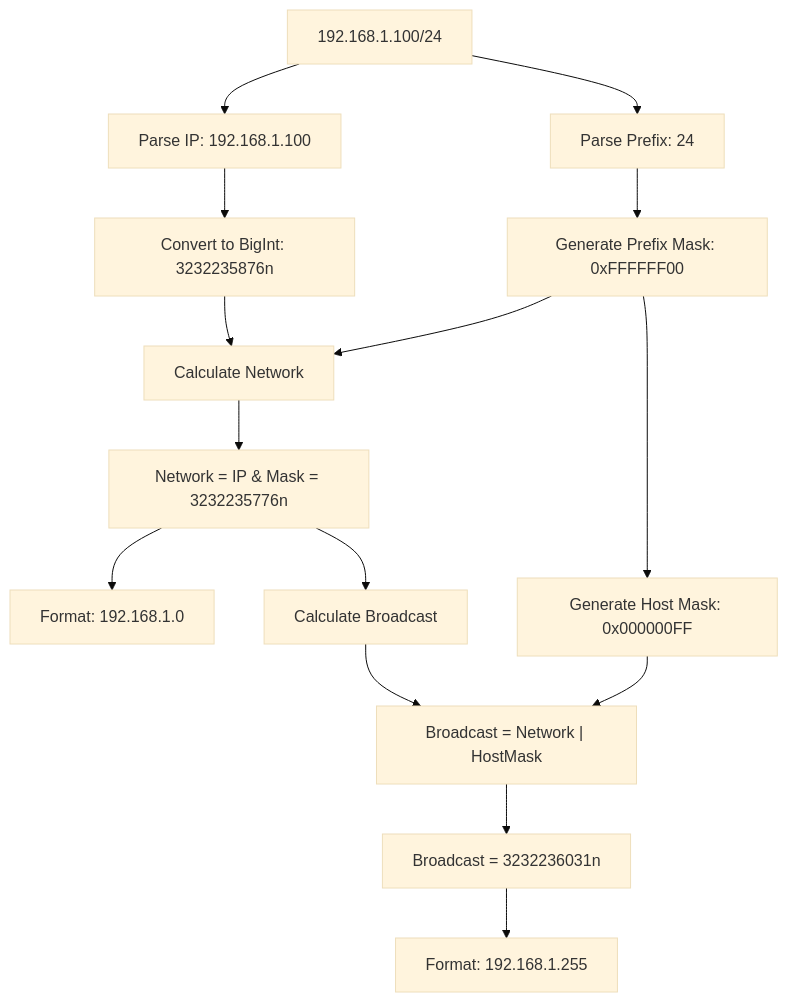
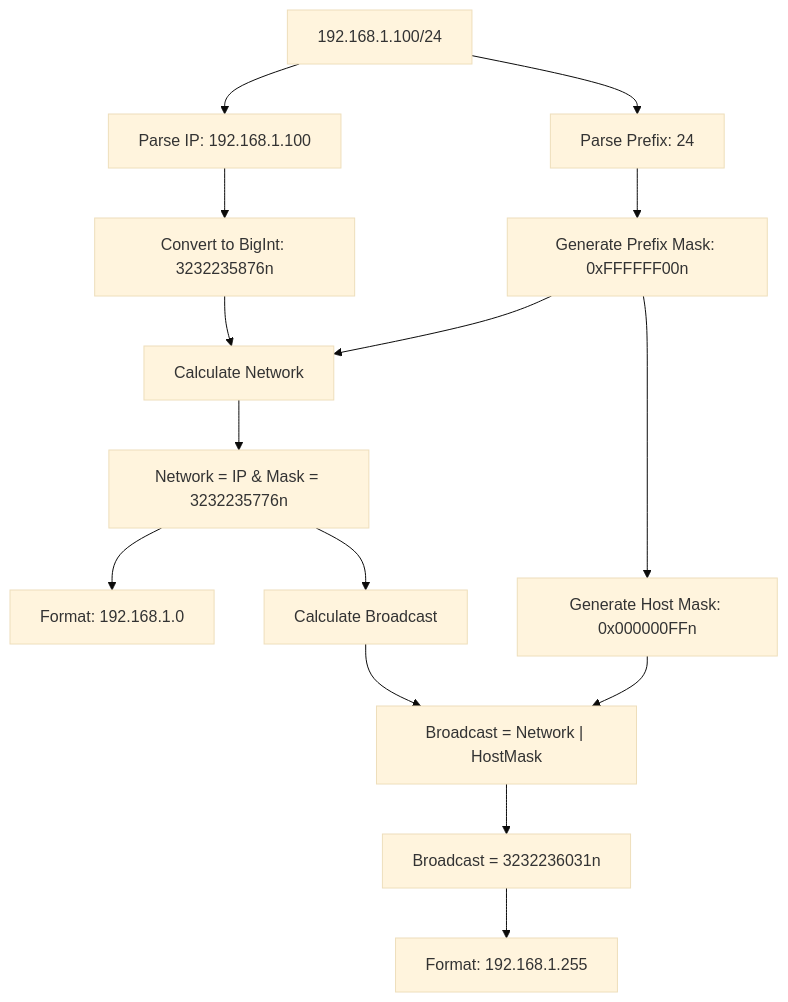
The third of 10 diagrams in docs/IP_CALCULATIONS.md (h3mantD/ip-kit), drawn with Mermaid (base theme) before and after one commit. The commit also changed other lines of this file, not shown here.

````diff
--- a/docs/IP_CALCULATIONS.md
+++ b/docs/IP_CALCULATIONS.md
@@ -119,18 +119,18 @@
 ```mermaid
 graph TD
     A["192.168.1.100/24"] --> B["Parse IP: 192.168.1.100"]
     A --> C["Parse Prefix: 24"]
     B --> D["Convert to BigInt: 3232235876n"]
-    C --> E["Generate Prefix Mask: 0xFFFFFF00"]
+    C --> E["Generate Prefix Mask: 0xFFFFFF00n"]
     D --> F[Calculate Network]
     E --> F
     F --> G["Network = IP & Mask = 3232235776n"]
     G --> H["Format: 192.168.1.0"]
 
     G --> I[Calculate Broadcast]
-    E --> J["Generate Host Mask: 0x000000FF"]
+    E --> J["Generate Host Mask: 0x000000FFn"]
     I --> K["Broadcast = Network | HostMask"]
     J --> K
     K --> L["Broadcast = 3232236031n"]
     L --> M["Format: 192.168.1.255"]
 ```
````
